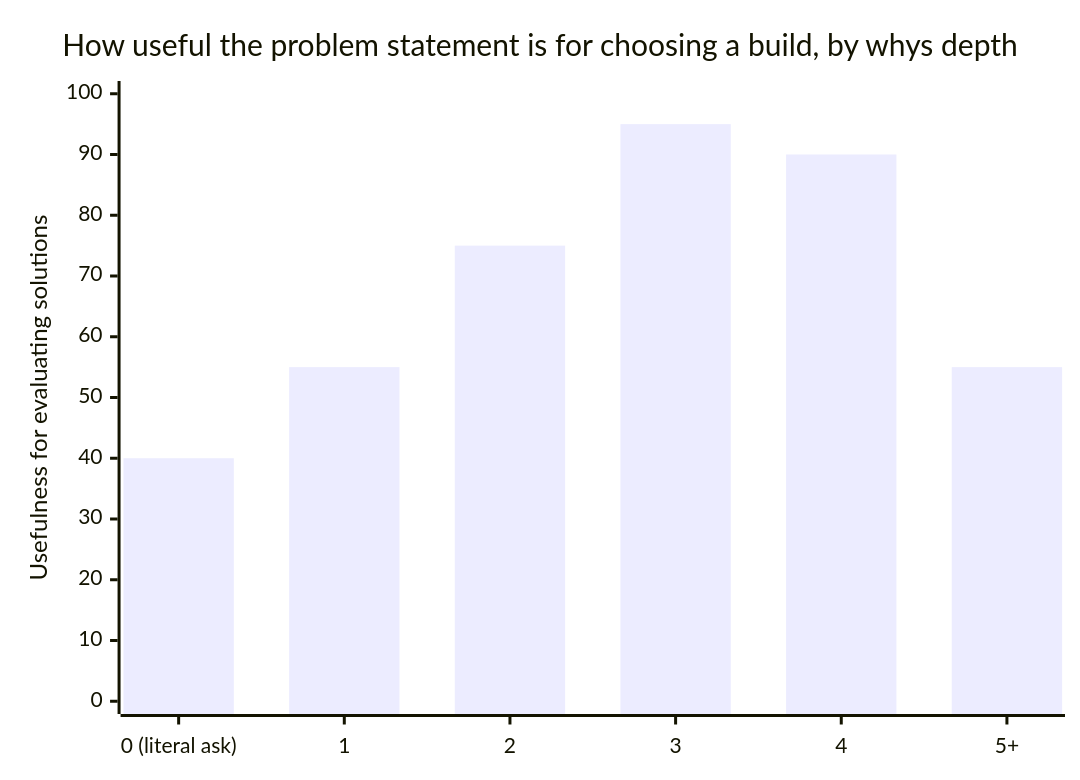
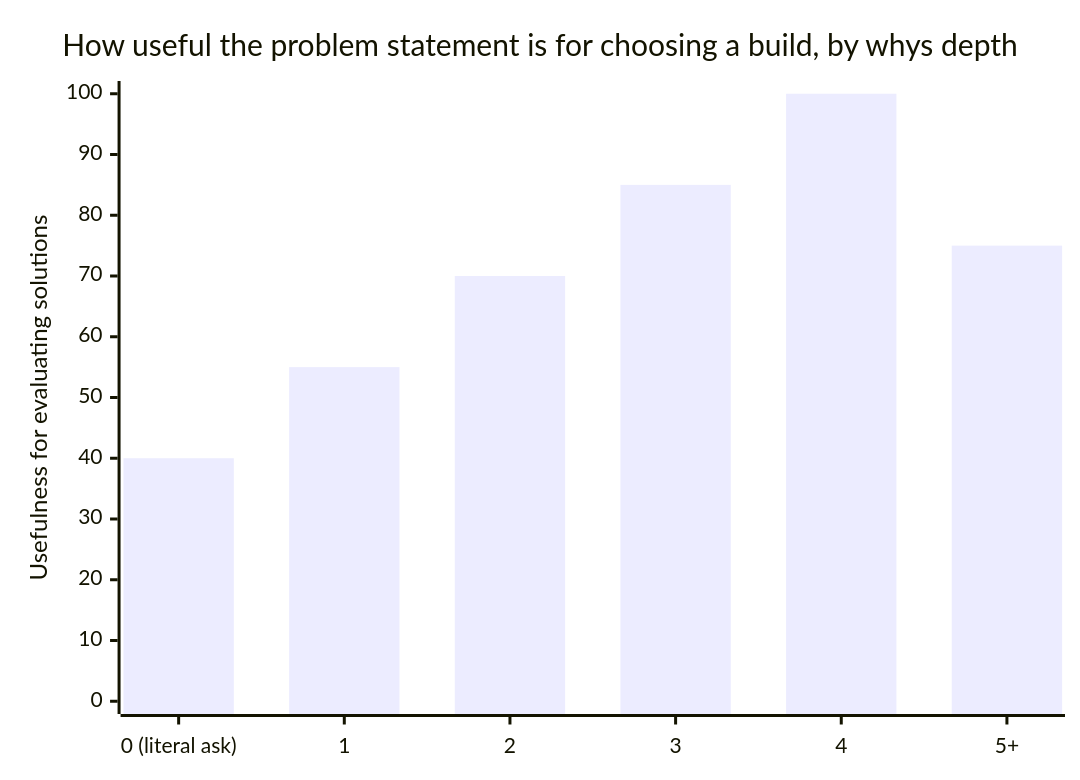
The second of 2 diagrams in src/content/product-domain/understanding-user-s-problem-solution/L2-concept.mdx (francoandreDev/knowledge), drawn with Mermaid before and after one commit. The commit also changed 76 other files, not shown here.

````diff
--- a/src/content/product-domain/understanding-user-s-problem-solution/L2-concept.mdx
+++ b/src/content/product-domain/understanding-user-s-problem-solution/L2-concept.mdx
@@ -92,7 +92,7 @@
 ```mermaid
 xychart-beta
     title "How useful the problem statement is for choosing a build, by whys depth"
     x-axis ["0 (literal ask)", "1", "2", "3", "4", "5+"]
     y-axis "Usefulness for evaluating solutions" 0 --> 100
-    bar [40, 55, 75, 95, 90, 55]
+    bar [40, 55, 70, 85, 100, 75]
 ```
````
